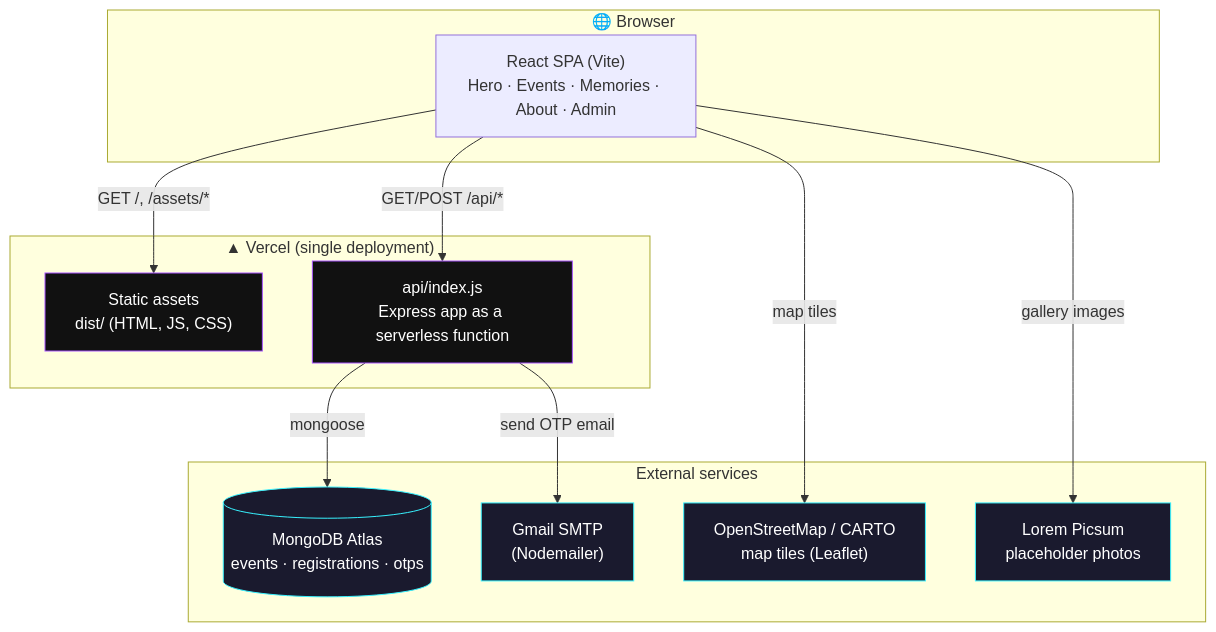
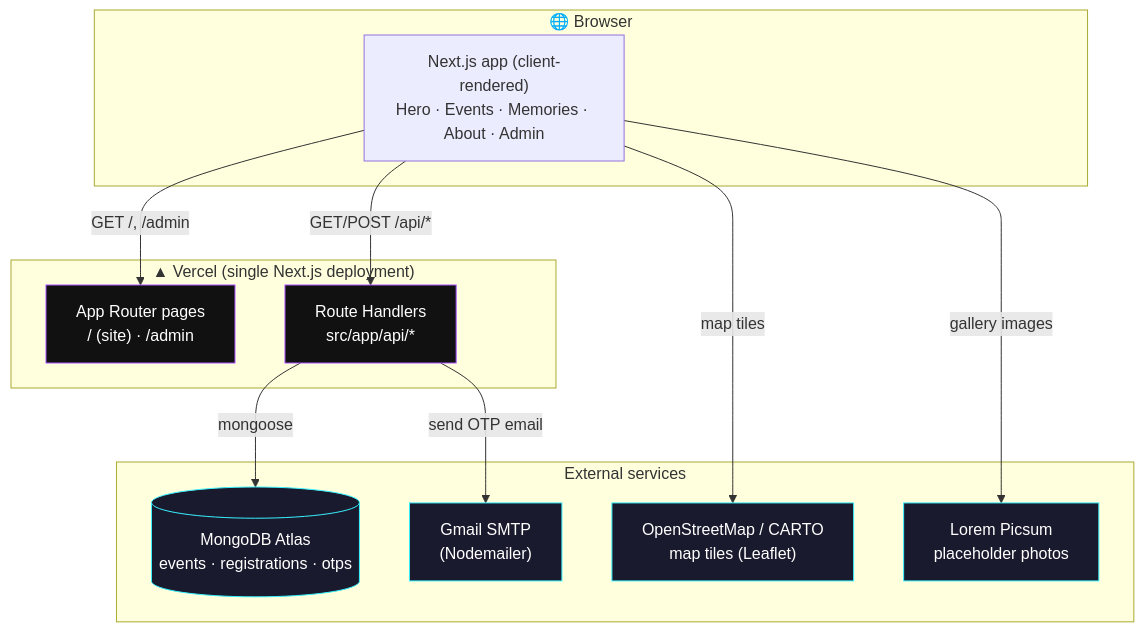
The first of 2 diagrams in README.md (Kaushik2210/FSD_GATEWAYS_8), drawn with Mermaid before and after one commit. The commit also changed other lines of this file and 56 other files, not shown here.

First line of the commit message:
Migrate to Next.js App Router; fix GSAP/React warnings

````diff
--- a/README.md
+++ b/README.md
@@ -20,31 +22,31 @@
 ```mermaid
 flowchart TB
     subgraph Browser["🌐 Browser"]
-        UI["React SPA (Vite)<br/>Hero · Events · Memories · About · Admin"]
+        UI["Next.js app (client-rendered)<br/>Hero · Events · Memories · About · Admin"]
     end
 
-    subgraph Vercel["▲ Vercel (single deployment)"]
-        Static["Static assets<br/>dist/ (HTML, JS, CSS)"]
-        Fn["api/index.js<br/>Express app as a serverless function"]
+    subgraph Vercel["▲ Vercel (single Next.js deployment)"]
+        Pages["App Router pages<br/>/ (site) · /admin"]
+        Routes["Route Handlers<br/>src/app/api/*"]
     end
 
     subgraph External["External services"]
         Atlas[("MongoDB Atlas<br/>events · registrations · otps")]
         Gmail["Gmail SMTP<br/>(Nodemailer)"]
         OSM["OpenStreetMap / CARTO<br/>map tiles (Leaflet)"]
         Picsum["Lorem Picsum<br/>placeholder photos"]
     end
 
-    UI -- "GET /, /assets/*" --> Static
-    UI -- "GET/POST /api/*" --> Fn
+    UI -- "GET /, /admin" --> Pages
+    UI -- "GET/POST /api/*" --> Routes
     UI -- "map tiles" --> OSM
     UI -- "gallery images" --> Picsum
 
-    Fn -- "mongoose" --> Atlas
-    Fn -- "send OTP email" --> Gmail
+    Routes -- "mongoose" --> Atlas
+    Routes -- "send OTP email" --> Gmail
 
     classDef ext fill:#1a1a2e,stroke:#38f2ff,color:#fff;
     classDef vercel fill:#111,stroke:#a855ff,color:#fff;
     class Atlas,Gmail,OSM,Picsum ext;
-    class Static,Fn vercel;
+    class Pages,Routes vercel;
 ```
````
